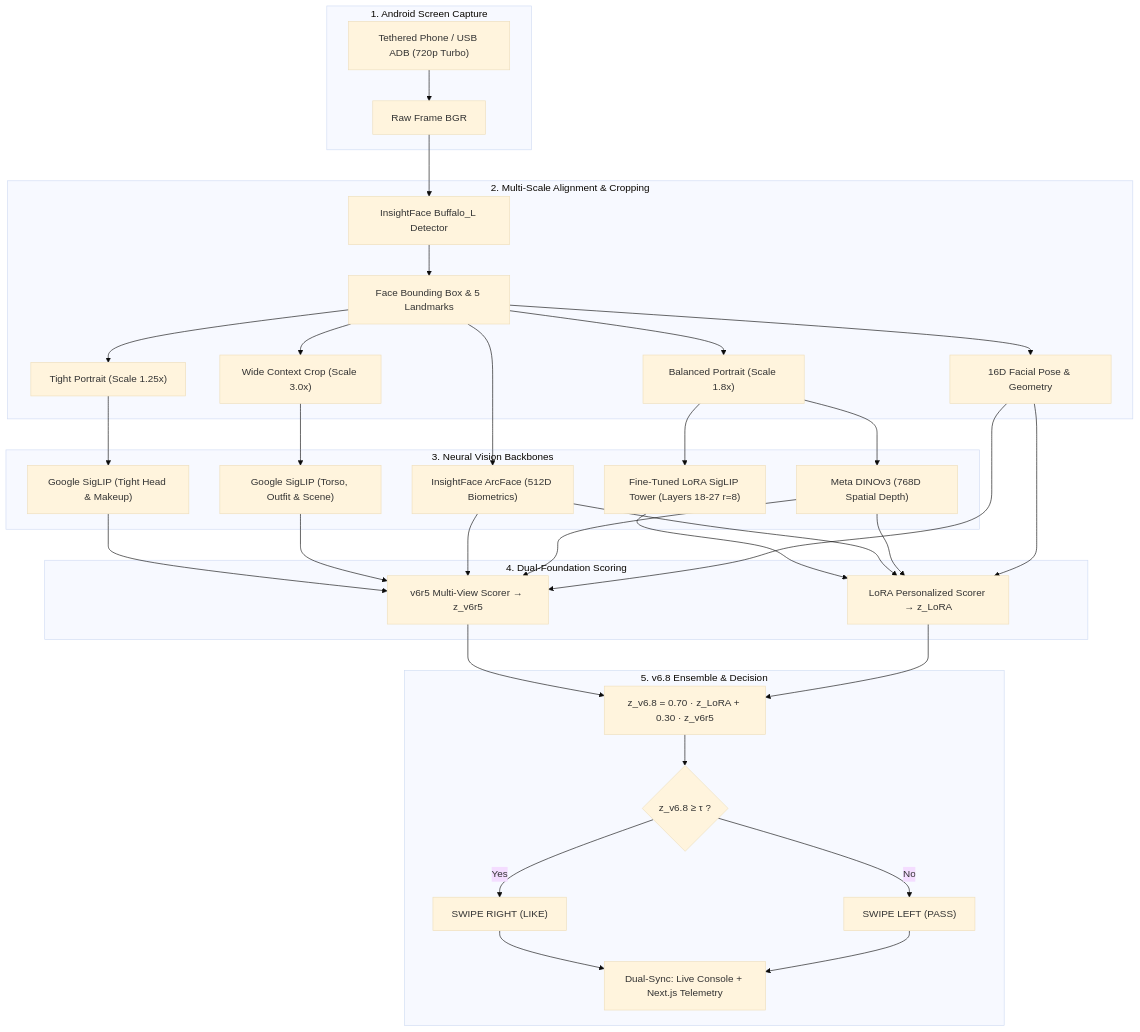
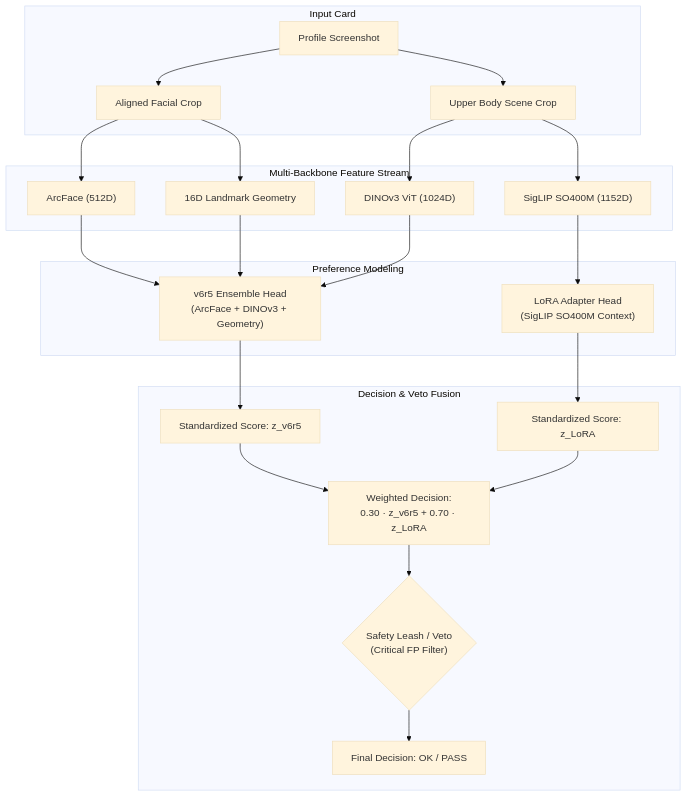
Before and after one commit to rivianpratama/DatingClaw: the first of 2 diagrams in README.md, drawn with Mermaid (base theme). The commit also changed other lines of this file, not shown here.

````diff
--- a/README.md
+++ b/README.md
@@ -125,36 +142,45 @@
 ```mermaid
 flowchart TD
-    subgraph Ingestion ["1. Android Screen Capture"]
-        PHONE["Tethered Phone / USB ADB (720p Turbo)"] --> RAW["Raw Frame BGR"]
+    subgraph Input["Input Card"]
+        Img["Profile Screenshot"]
+        CropFace["Aligned Facial Crop"]
+        CropBody["Upper Body Scene Crop"]
     end
 
-    subgraph Preprocess ["2. Multi-Scale Alignment & Cropping"]
-        RAW --> DET["InsightFace Buffalo_L Detector"]
-        DET --> BBOX["Face Bounding Box & 5 Landmarks"]
-        BBOX --> C_TIGHT["Tight Portrait (Scale 1.25x)"]
-        BBOX --> C_LORA["Balanced Portrait (Scale 1.8x)"]
-        BBOX --> C_WIDE["Wide Context Crop (Scale 3.0x)"]
-        BBOX --> GEOM["16D Facial Pose & Geometry"]
+    subgraph FeatureStream["Multi-Backbone Feature Stream"]
+        Arc["ArcFace (512D)"]
+        DINO["DINOv3 ViT (1024D)"]
+        Sig["SigLIP SO400M (1152D)"]
+        Geo["16D Landmark Geometry"]
     end
 
-    subgraph NeuralBackbones ["3. Neural Vision Backbones"]
-        C_TIGHT --> SIG_T["Google SigLIP (Tight Head & Makeup)"]
-        C_WIDE --> SIG_W["Google SigLIP (Torso, Outfit & Scene)"]
-        BBOX --> ARC["InsightFace ArcFace (512D Biometrics)"]
-        C_LORA --> DINO["Meta DINOv3 (768D Spatial Depth)"]
-        C_LORA --> LORA_TOWER["Fine-Tuned LoRA SigLIP Tower (Layers 18-27 r=8)"]
+    subgraph Models["Preference Modeling"]
+        v6r5["v6r5 Ensemble Head<br/>(ArcFace + DINOv3 + Geometry)"]
+        LoRA["LoRA Adapter Head<br/>(SigLIP SO400M Context)"]
     end
 
-    subgraph DualScoring ["4. Dual-Foundation Scoring"]
-        SIG_T & SIG_W & ARC & DINO & GEOM --> V6R5["v6r5 Multi-View Scorer &rarr; z_v6r5"]
-        LORA_TOWER & ARC & DINO & GEOM --> LORA["LoRA Personalized Scorer &rarr; z_LoRA"]
+    subgraph Fusion["Decision & Veto Fusion"]
+        Z1["Standardized Score: z_v6r5"]
+        Z2["Standardized Score: z_LoRA"]
+        Ensemble["Weighted Decision:<br/>0.30 · z_v6r5 + 0.70 · z_LoRA"]
+        Veto{"Safety Leash / Veto<br/>(Critical FP Filter)"}
+        Decision["Final Decision: OK / PASS"]
     end
 
-    subgraph FusionEngine ["5. v6.8 Ensemble & Decision"]
-        V6R5 & LORA --> FUSION["z_v6.8 = 0.70 &middot; z_LoRA + 0.30 &middot; z_v6r5"]
-        FUSION --> DECISION{"z_v6.8 &ge; &tau; ?"}
-        DECISION -- "Yes" --> RIGHT["SWIPE RIGHT (LIKE)"]
-        DECISION -- "No" --> LEFT["SWIPE LEFT (PASS)"]
-        RIGHT & LEFT --> SYNC["Dual-Sync: Live Console + Next.js Telemetry"]
-    end
+    Img --> CropFace
+    Img --> CropBody
+    CropFace --> Arc
+    CropFace --> Geo
+    CropBody --> Sig
+    CropBody --> DINO
+    Arc --> v6r5
+    Geo --> v6r5
+    DINO --> v6r5
+    Sig --> LoRA
+    v6r5 --> Z1
+    LoRA --> Z2
+    Z1 --> Ensemble
+    Z2 --> Ensemble
+    Ensemble --> Veto
+    Veto --> Decision
 ```
````
